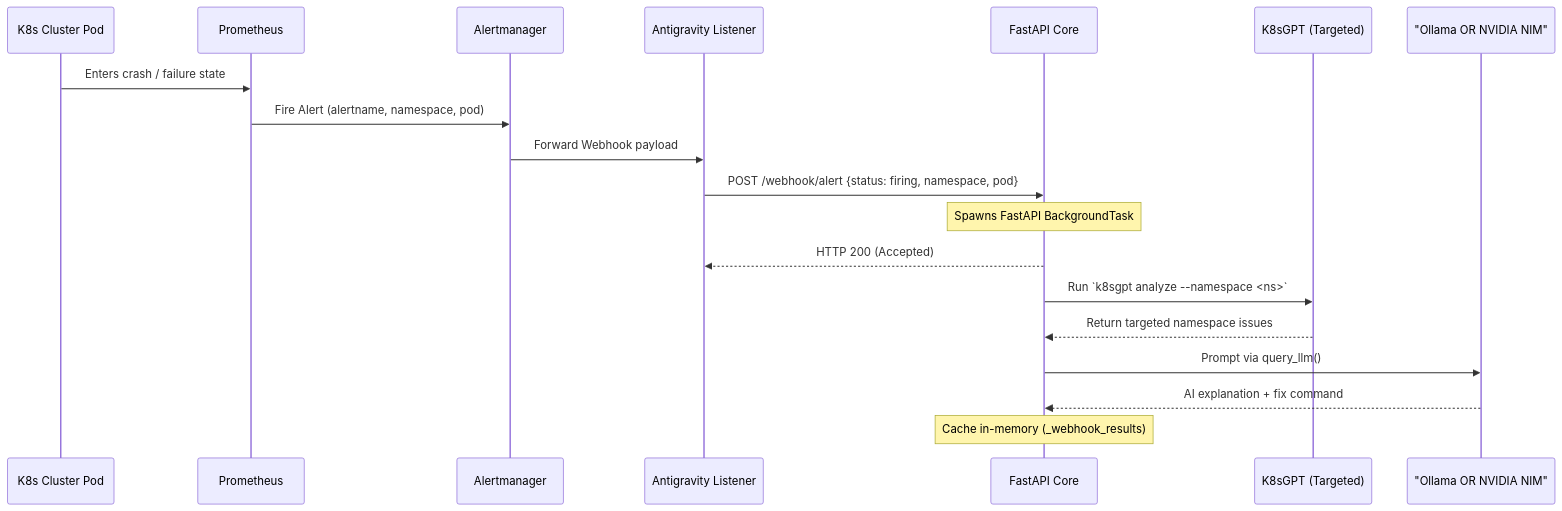
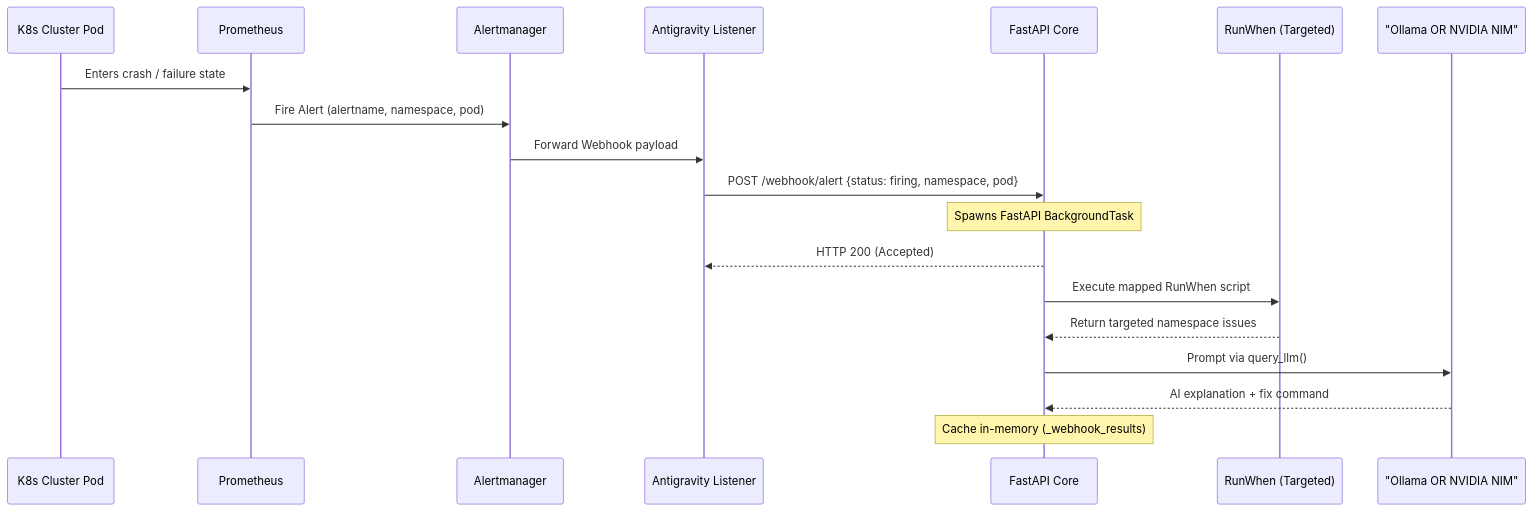
One commit to barbaria888/KubeOps-AI changed the third of 4 diagrams in ARCHITECTURE.md. Above: the diagram before and after it, drawn with Mermaid. The commit also changed other lines of this file and 16 other files, not shown here.

Commit message:
remove k8sgpt and add RunWhen skills

````diff
--- a/ARCHITECTURE.md
+++ b/ARCHITECTURE.md
@@ -91,23 +91,23 @@
 ```mermaid
 sequenceDiagram
     participant Cluster as K8s Cluster Pod
     participant Prom as Prometheus
     participant AM as Alertmanager
     participant AL as Antigravity Listener
     participant Backend as FastAPI Core
-    participant Tools as K8sGPT (Targeted)
+    participant Tools as RunWhen (Targeted)
     participant LLM as "Ollama OR NVIDIA NIM"
 
     Cluster->>Prom: Enters crash / failure state
     Prom->>AM: Fire Alert (alertname, namespace, pod)
     AM->>AL: Forward Webhook payload
     AL->>Backend: POST /webhook/alert {status: firing, namespace, pod}
     
     Note over Backend: Spawns FastAPI BackgroundTask
     Backend-->>AL: HTTP 200 (Accepted)
-    Backend->>Tools: Run `k8sgpt analyze --namespace <ns>`
+    Backend->>Tools: Execute mapped RunWhen script
     Tools-->>Backend: Return targeted namespace issues
     Backend->>LLM: Prompt via query_llm()
     LLM-->>Backend: AI explanation + fix command
     Note over Backend: Cache in-memory (_webhook_results)
 ```
````
